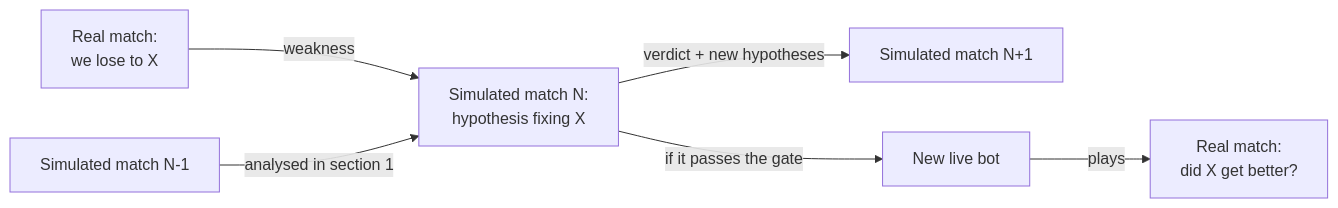
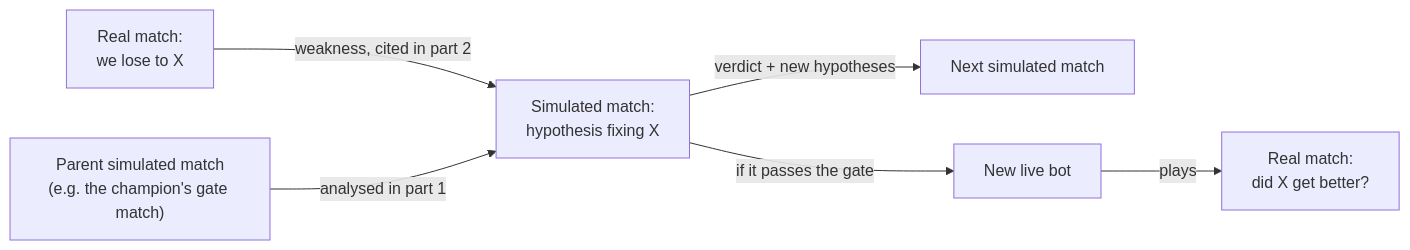
Before and after one commit to extremefattypunch/Cambridge-BattleCode-Turborecallers-2026: the sixth of 6 diagrams in README.md, drawn with Mermaid. The commit also changed other lines of this file and 18 other files, not shown here.

Commit message:
Apply the README/workflow review: gate steps (e) old-bot hedge and (f) skeptic in LOOP and README, pre-registered simulated notes (tools/new_sim_note.py), claimed scouting (unscouted.py --claim), safe and bounded organiser and indexes, diagram fixes

````diff
--- a/README.md
+++ b/README.md
@@ -111,8 +118,8 @@
 ```mermaid
 flowchart LR
-    R1["Real match:<br/>we lose to X"] -- "weakness" --> S2
-    S1["Simulated match N-1"] -- "analysed in section 1" --> S2["Simulated match N:<br/>hypothesis fixing X"]
-    S2 -- "verdict + new hypotheses" --> S3["Simulated match N+1"]
+    R1["Real match:<br/>we lose to X"] -- "weakness, cited in part 2" --> S2
+    S1["Parent simulated match<br/>(e.g. the champion's gate match)"] -- "analysed in part 1" --> S2["Simulated match:<br/>hypothesis fixing X"]
+    S2 -- "verdict + new hypotheses" --> S3["Next simulated match"]
     S2 -- "if it passes the gate" --> LIVE["New live bot"]
     LIVE -- "plays" --> R2["Real match:<br/>did X get better?"]
 ```
````
